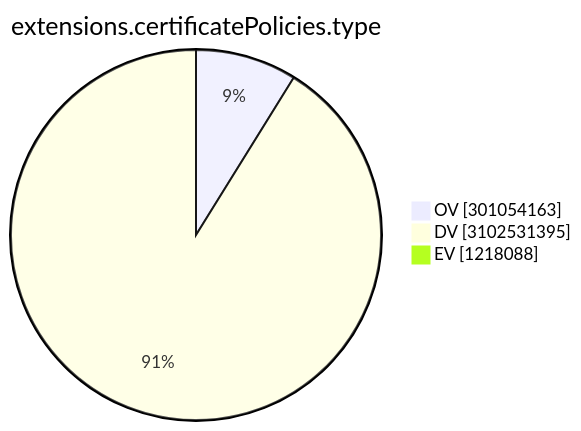
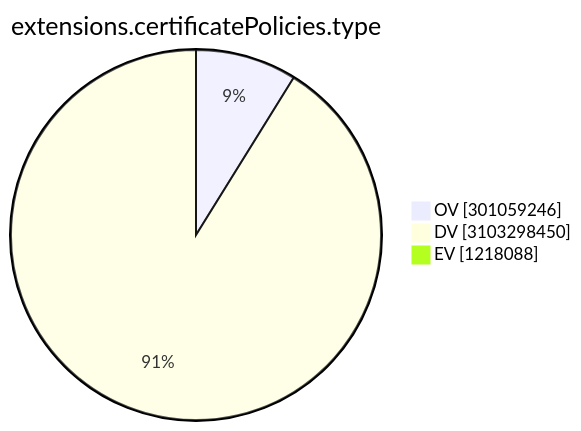
Before and after one commit to christiankrug/ctmonitor_visualization: the ninth of 15 diagrams in TOTAL/README.md, drawn with Mermaid. The commit also changed other lines of this file, not shown here.

````diff
--- a/TOTAL/README.md
+++ b/TOTAL/README.md
@@ -3103,7 +3103,7 @@
 ```mermaid
 pie showData
 title extensions.certificatePolicies.type
-"OV" :301054163
-"DV" :3102531395
+"OV" :301059246
+"DV" :3103298450
 "EV" :1218088
 ```
````
